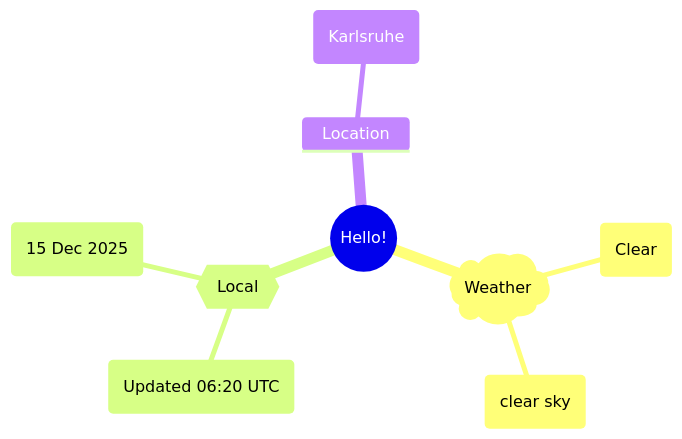
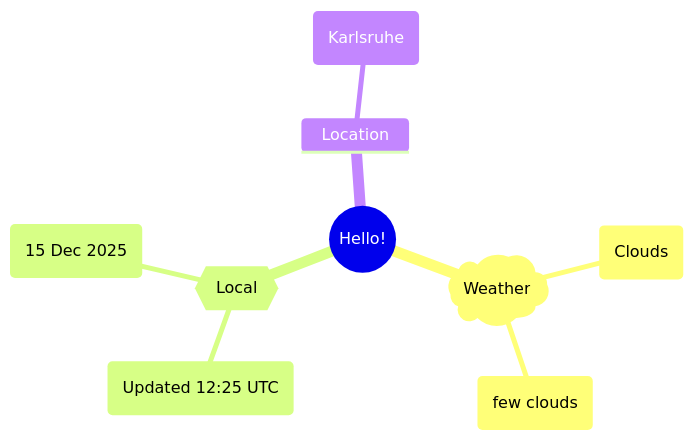
The first of 2 diagrams in README.md (Xosrov/Xosrov), drawn with Mermaid before and after one commit.

Commit message:
[bot] updated images

````diff
--- a/README.md
+++ b/README.md
@@ -3,12 +3,12 @@
 ```mermaid
 mindmap
   root((Hello!))
     )Weather(
-        (Clear)
-        (clear sky)
+        (Clouds)
+        (few clouds)
     {{Local}}
-        (Updated 06:20 UTC)
+        (Updated 12:25 UTC)
         (15 Dec 2025)
     Location
         (Karlsruhe)
 ```
````
